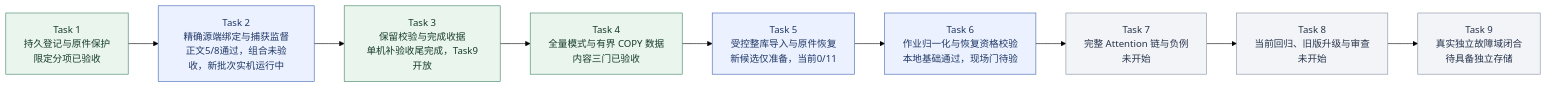
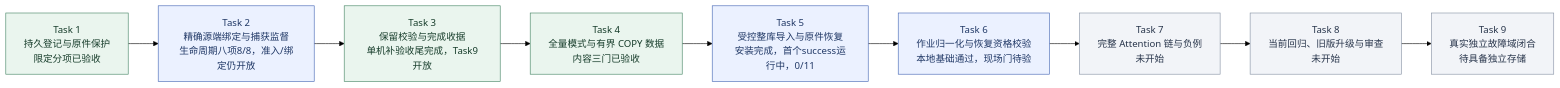
The second of 9 diagrams in docs/KnowWeave实施路线与系统架构.md (MansurnamedZhang/learning-system-p0c4), drawn with Mermaid (forest theme) before and after one commit. The commit also changed other lines of this file and 5 other files, not shown here.

````diff
--- a/docs/KnowWeave实施路线与系统架构.md
+++ b/docs/KnowWeave实施路线与系统架构.md
@@ -72,26 +72,26 @@
 ```mermaid
 flowchart LR
     C4T1["Task 1<br/>持久登记与原件保护<br/>限定分项已验收"]
-    C4T2["Task 2<br/>精确源端绑定与捕获监督<br/>正文5/8通过，组合未验收，新批次实机运行中"]
+    C4T2["Task 2<br/>精确源端绑定与捕获监督<br/>生命周期八项8/8，准入/绑定仍开放"]
     C4T3["Task 3<br/>保留校验与完成收据<br/>单机补验收尾完成，Task9开放"]
     C4T4["Task 4<br/>全量模式与有界 COPY 数据<br/>内容三门已验收"]
-    C4T5["Task 5<br/>受控整库导入与原件恢复<br/>新候选仅准备，当前0/11"]
+    C4T5["Task 5<br/>受控整库导入与原件恢复<br/>安装完成，首个success运行中，0/11"]
     C4T6["Task 6<br/>作业归一化与恢复资格校验<br/>本地基础通过，现场门待验"]
     C4T7["Task 7<br/>完整 Attention 链与负例<br/>未开始"]
     C4T8["Task 8<br/>当前回归、旧版升级与审查<br/>未开始"]
     C4T9["Task 9<br/>真实独立故障域闭合<br/>待具备独立存储"]
     C4T1 --> C4T2
     C4T2 --> C4T3
     C4T3 --> C4T4
     C4T4 --> C4T5
     C4T5 --> C4T6
     C4T6 --> C4T7
     C4T7 --> C4T8
     C4T8 --> C4T9
     class C4T1,C4T3,C4T4 done
     class C4T2,C4T5,C4T6 next
     class C4T7,C4T8,C4T9 planned
     classDef done fill:#eaf5ee,stroke:#438363,color:#173d2b
     classDef next fill:#ebf1ff,stroke:#4365b4,color:#203866
     classDef planned fill:#f2f4f8,stroke:#8591a3,color:#28354b
 ```
````
